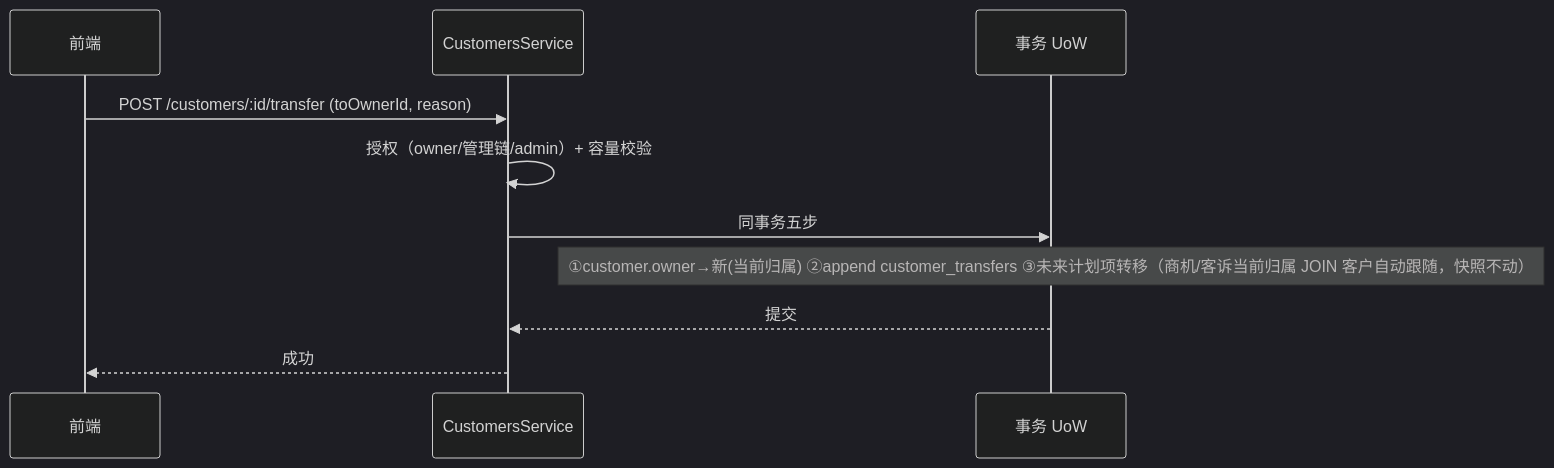
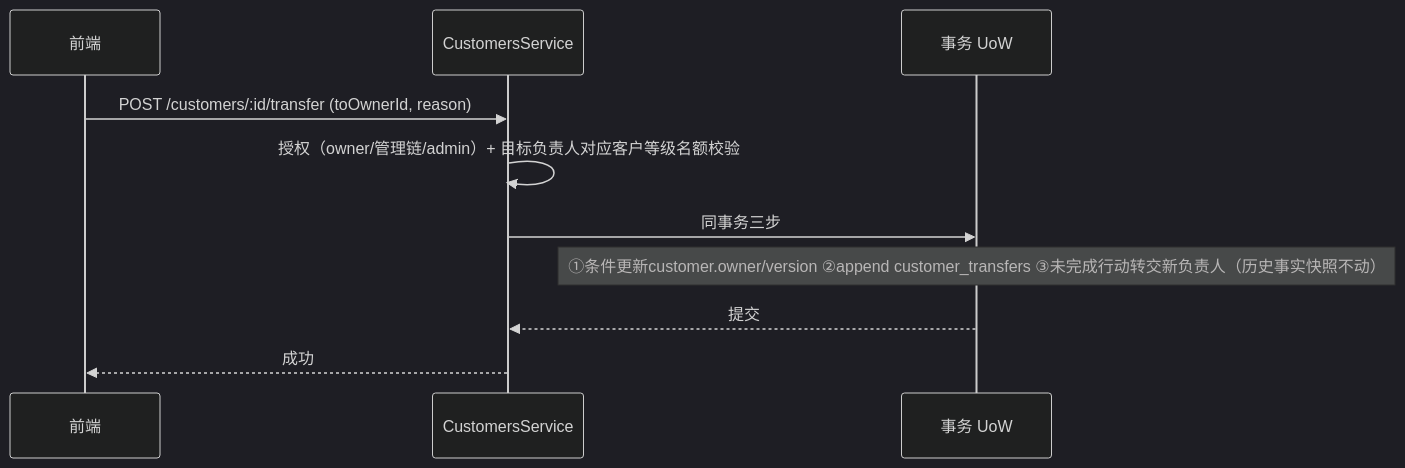
The tenth of 26 diagrams in docs/重构架构决策与实施蓝图.md (lixiname/LITECRM), drawn with Mermaid (dark theme) before and after one commit. The commit also changed other lines of this file and 8 other files, not shown here.

````diff
--- a/docs/重构架构决策与实施蓝图.md
+++ b/docs/重构架构决策与实施蓝图.md
@@ -832,12 +892,12 @@
 ```mermaid
 sequenceDiagram
     participant F as 前端
     participant S as CustomersService
     participant T as 事务 UoW
     F->>S: POST /customers/:id/transfer (toOwnerId, reason)
-    S->>S: 授权（owner/管理链/admin）+ 容量校验
-    S->>T: 同事务五步
-    Note over T: ①customer.owner→新(当前归属) ②append customer_transfers ③未来计划项转移（商机/客诉当前归属 JOIN 客户自动跟随，快照不动）
+    S->>S: 授权（owner/管理链/admin）+ 目标负责人对应客户等级名额校验
+    S->>T: 同事务三步
+    Note over T: ①条件更新customer.owner/version ②append customer_transfers ③未完成行动转交新负责人（历史事实快照不动）
     T-->>S: 提交
     S-->>F: 成功
 ```
````
